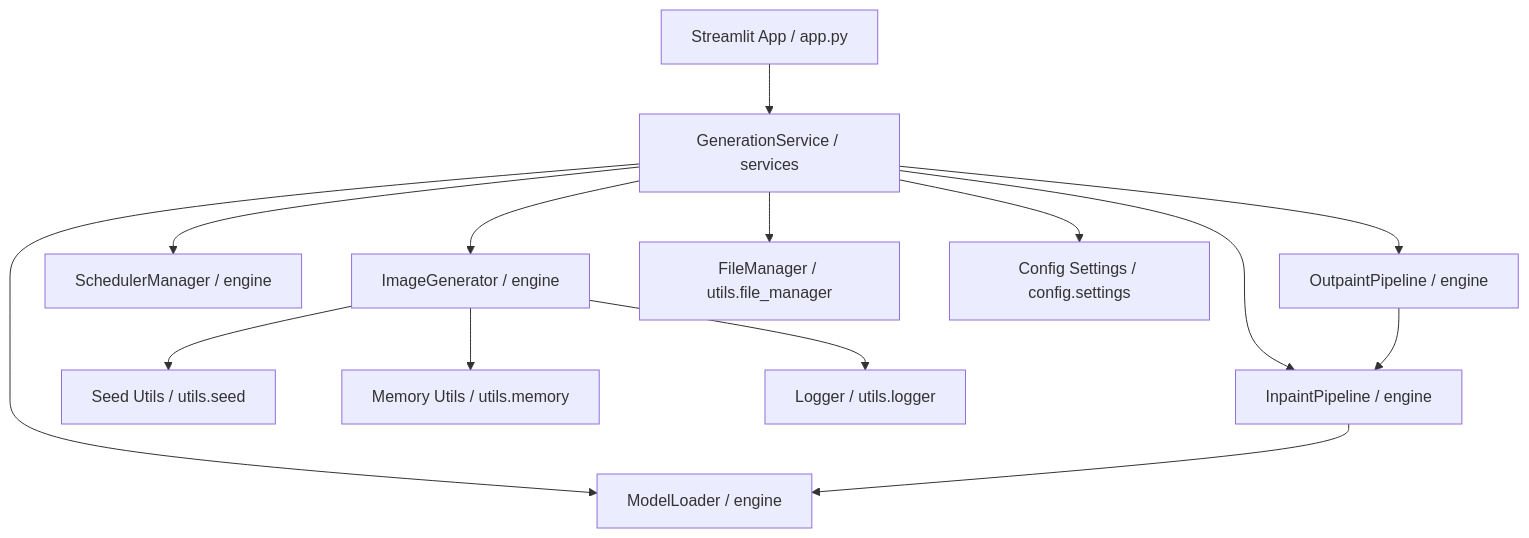
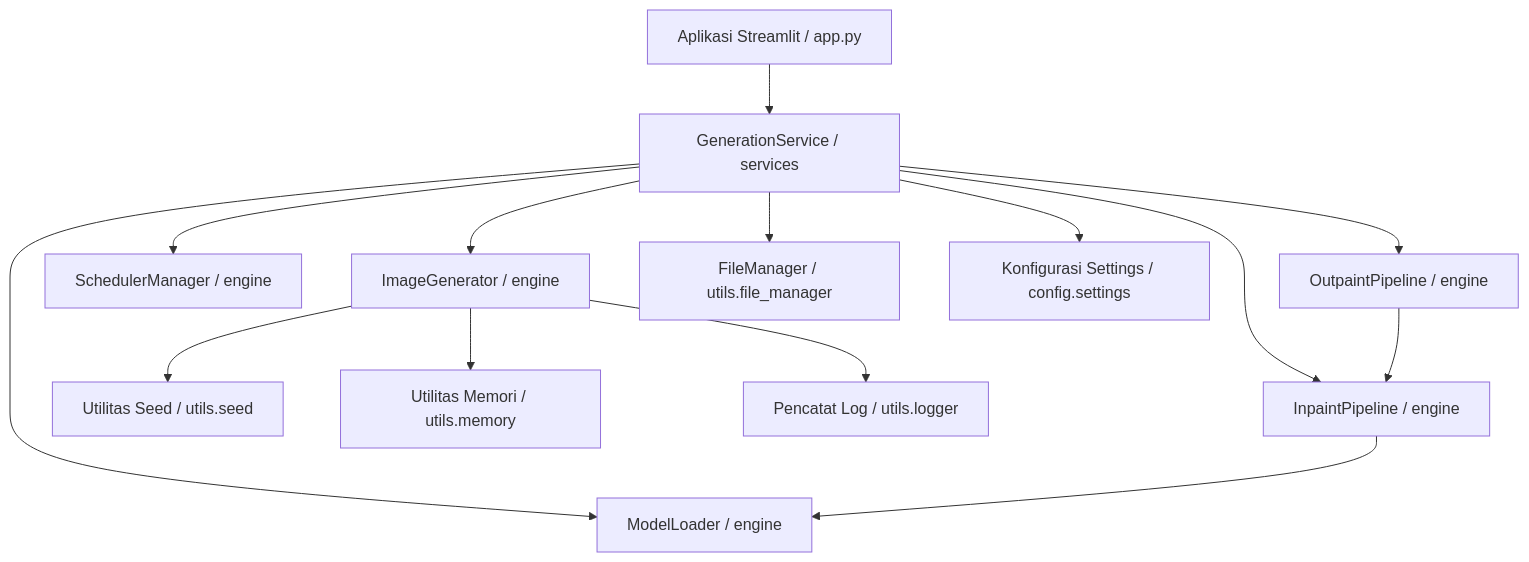
Before and after one commit to ImamAriadi2022/CanvasGen: the diagram in docs/Architecture.md, drawn with Mermaid. The commit also changed other lines of this file and 9 other files, not shown here.

````diff
--- a/docs/Architecture.md
+++ b/docs/Architecture.md
@@ -11,19 +11,19 @@
 ```mermaid
 graph TD
-    UI[Streamlit App / app.py] --> Service[GenerationService / services]
+    UI[Aplikasi Streamlit / app.py] --> Service[GenerationService / services]
     Service --> Loader[ModelLoader / engine]
     Service --> Generator[ImageGenerator / engine]
     Service --> Scheduler[SchedulerManager / engine]
     Service --> Inpaint[InpaintPipeline / engine]
     Service --> Outpaint[OutpaintPipeline / engine]
     
-    Generator --> Seed[Seed Utils / utils.seed]
-    Generator --> Memory[Memory Utils / utils.memory]
-    Generator --> Logger[Logger / utils.logger]
+    Generator --> Seed[Utilitas Seed / utils.seed]
+    Generator --> Memory[Utilitas Memori / utils.memory]
+    Generator --> Logger[Pencatat Log / utils.logger]
     
     Inpaint --> Loader
     Outpaint --> Inpaint
     
     Service --> FileManager[FileManager / utils.file_manager]
-    Service --> Settings[Config Settings / config.settings]
+    Service --> Settings[Konfigurasi Settings / config.settings]
 ```
````
